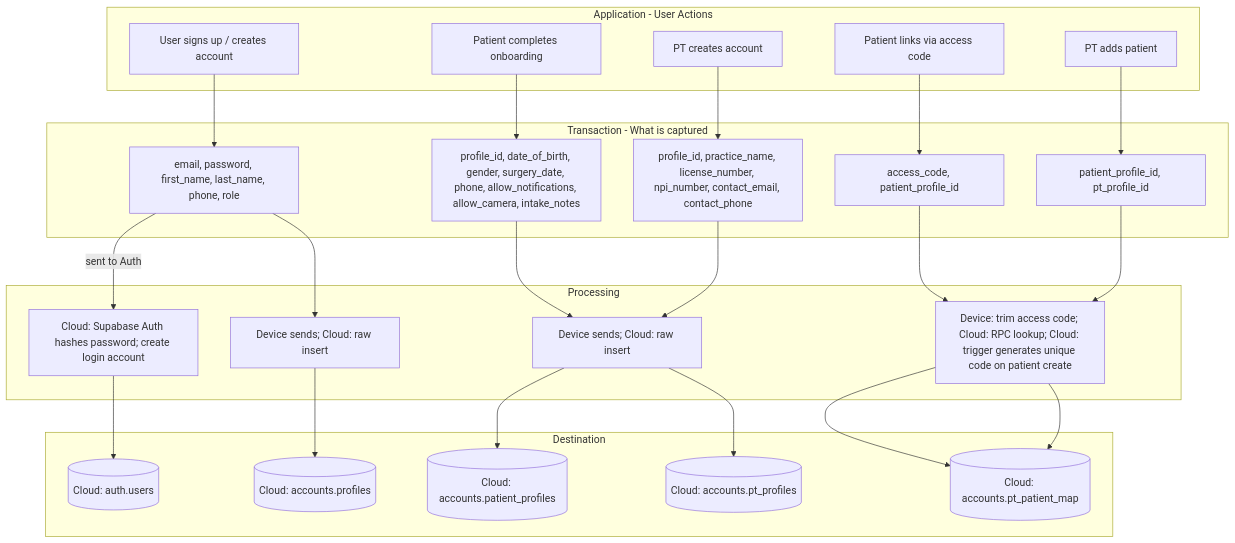
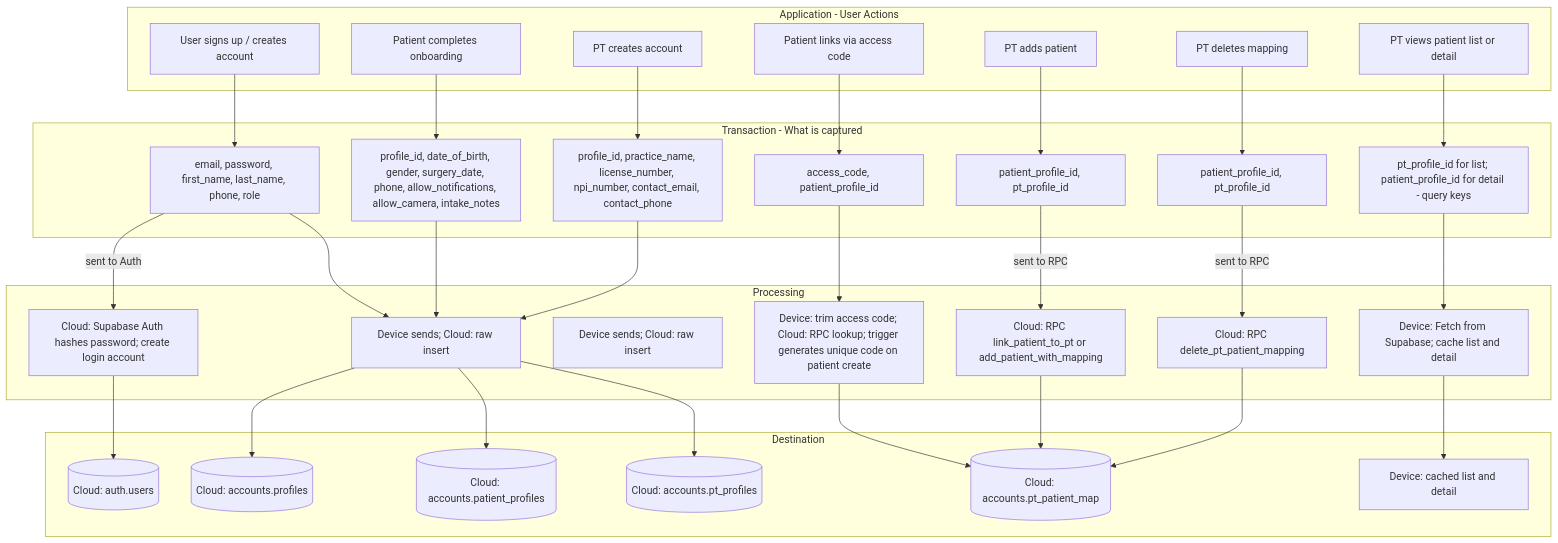
One commit to seanja5/realrehab-mvp changed the fourth of 7 diagrams in docs/DATA_FLOW.md. Above: the diagram before and after it, drawn with Mermaid. The commit also changed other lines of this file, not shown here.

First line of the commit message:
docs: merge Identity and PT-Patient Management into single module

````diff
--- a/docs/DATA_FLOW.md
+++ b/docs/DATA_FLOW.md
@@ -322,41 +315,51 @@
 ```mermaid
 flowchart TB
     subgraph app3 [Application - User Actions]
         A3A[User signs up / creates account]
         A3B[Patient completes onboarding]
         A3C[PT creates account]
         A3D[Patient links via access code]
         A3E[PT adds patient]
+        A3F[PT deletes mapping]
+        A3G[PT views patient list or detail]
     end
 
     subgraph tx3 [Transaction - What is captured]
         T3A[email, password, first_name, last_name, phone, role]
         T3B[profile_id, date_of_birth, gender, surgery_date, phone, allow_notifications, allow_camera, intake_notes]
         T3C[profile_id, practice_name, license_number, npi_number, contact_email, contact_phone]
         T3D[access_code, patient_profile_id]
         T3E[patient_profile_id, pt_profile_id]
+        T3F[patient_profile_id, pt_profile_id]
+        T3G[pt_profile_id for list; patient_profile_id for detail - query keys]
     end
 
     subgraph proc3 [Processing]
         P3A[Cloud: Supabase Auth hashes password; create login account]
         P3B[Device sends; Cloud: raw insert]
         P3C[Device sends; Cloud: raw insert]
-        P3D[Device: trim access code; Cloud: RPC lookup; Cloud: trigger generates unique code on patient create]
+        P3D[Device: trim access code; Cloud: RPC lookup; trigger generates unique code on patient create]
+        P3E[Cloud: RPC link_patient_to_pt or add_patient_with_mapping]
+        P3F[Cloud: RPC delete_pt_patient_mapping]
+        P3G[Device: Fetch from Supabase; cache list and detail]
     end
 
     subgraph dest3 [Destination]
         D3A[(Cloud: auth.users)]
         D3B[(Cloud: accounts.profiles)]
         D3C[(Cloud: accounts.patient_profiles)]
         D3D[(Cloud: accounts.pt_profiles)]
         D3E[(Cloud: accounts.pt_patient_map)]
+        D3F[Device: cached list and detail]
     end
 
     A3A --> T3A
     T3A -->|sent to Auth| P3A --> D3A
     T3A --> P3B --> D3B
-    A3B --> T3B --> P3C --> D3C
-    A3C --> T3C --> P3C --> D3D
+    A3B --> T3B --> P3B --> D3C
+    A3C --> T3C --> P3B --> D3D
     A3D --> T3D --> P3D --> D3E
-    A3E --> T3E --> P3D --> D3E
+    A3E --> T3E -->|sent to RPC| P3E --> D3E
+    A3F --> T3F -->|sent to RPC| P3F --> D3E
+    A3G --> T3G --> P3G --> D3F
 ```
````
